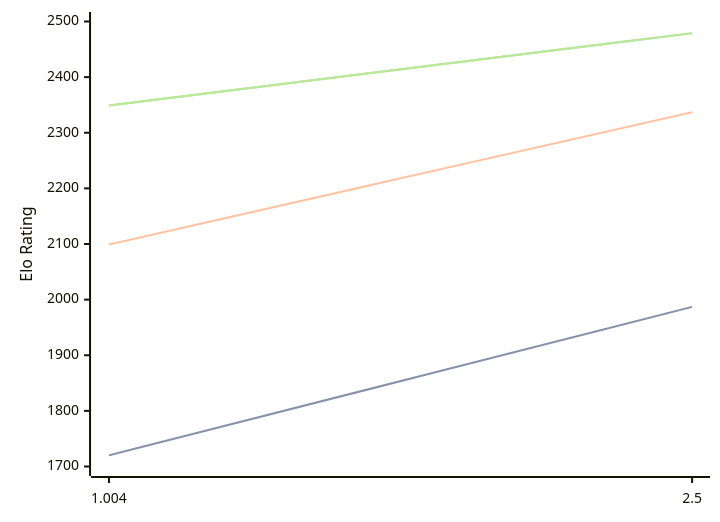
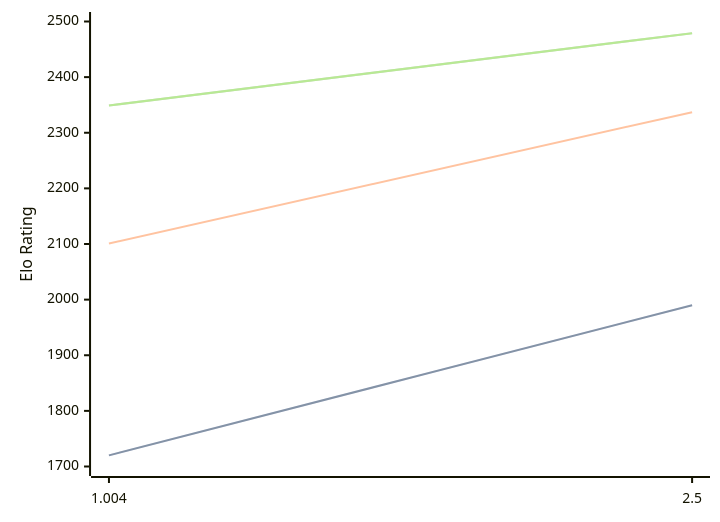
One commit to computer-chess-index/cci changed the diagram in engines/Ares.md. Above: the diagram before and after it, drawn with Mermaid. The commit also changed other lines of this file, not shown here.

Commit message:
Update CCI Ratings (ELO VLTC) - 2026-04-09

````diff
--- a/engines/Ares.md
+++ b/engines/Ares.md
@@ -32,11 +32,11 @@
 ```mermaid
 %%{init: {"theme":"base","themeVariables":{"seriesColors:['#a3a3a3','#222221','#faa371']}}}%%
 xychart-beta
   x-axis ["1.004", "2.5"]
   y-axis "Elo Rating" 1700 --> 2500
-  line "STC (8.0+0.08s)" [1720, 1987]
-  line "STC (8.0+0.08s)" [1720, 1987]
-  line "LTC (60.0+0.60s)" [2099, 2337]
+  line "STC (8.0+0.08s)" [1720, 1990]
+  line "STC (8.0+0.08s)" [1720, 1990]
+  line "LTC (60.0+0.60s)" [2101, 2337]
   line "VLTC (2m24s+1.12s)" [2349, 2479]
   line "VLTC (2m24s+1.12s)" [2349, 2479]
 ```
````
